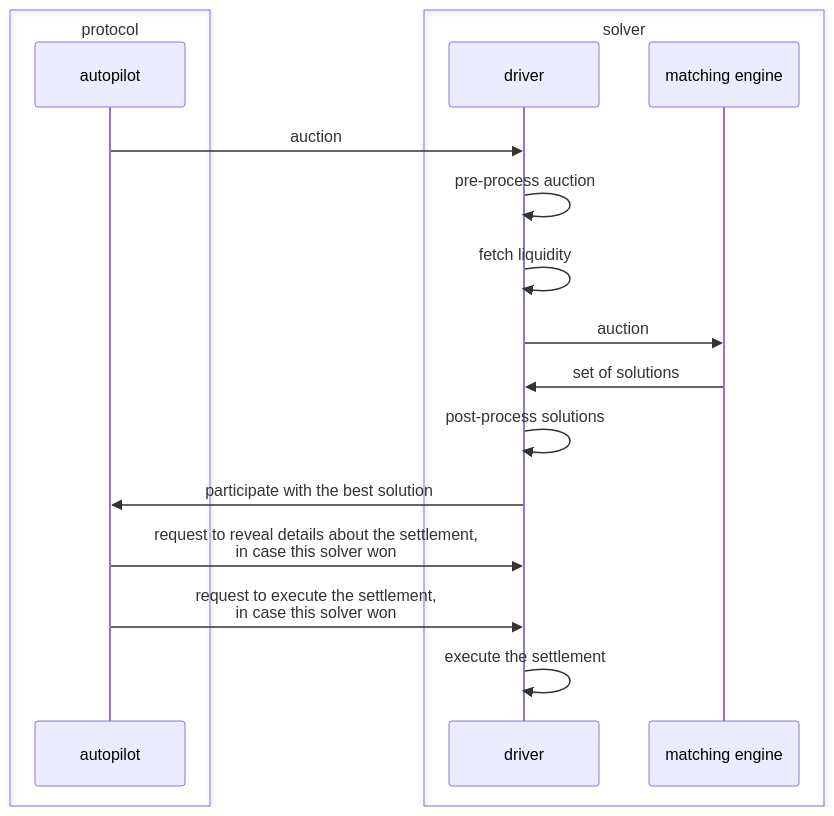
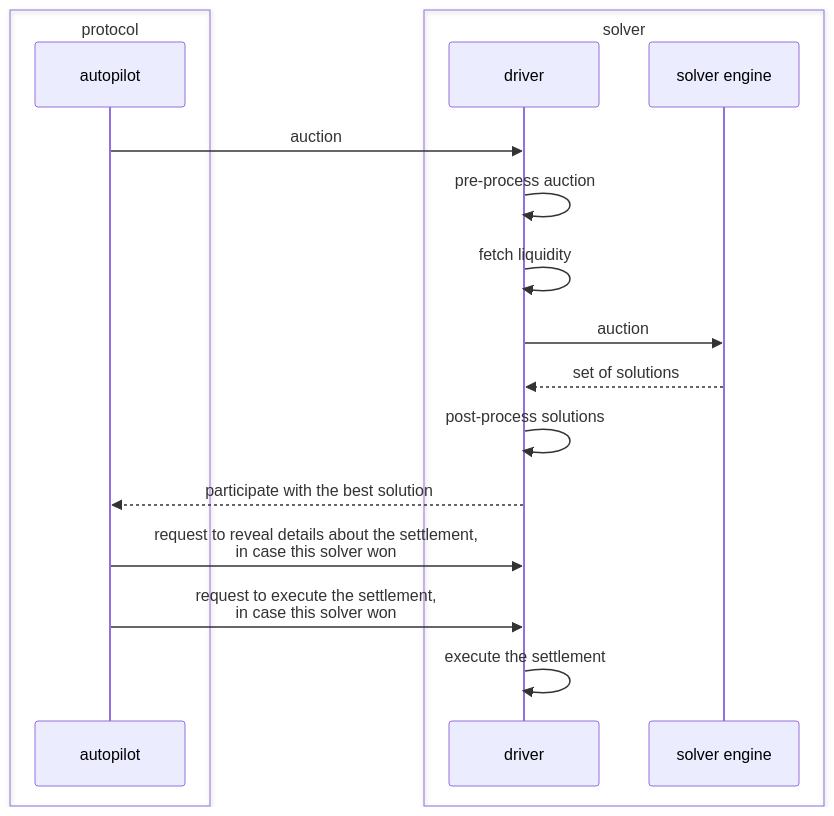
One commit to cowprotocol/docs changed the diagram in docs/cow-protocol/tutorials/arbitrate/solver/driver.md. Above: the diagram before and after it, drawn with Mermaid. The commit also changed other lines of this file and 4 other files, not shown here.

````diff
--- a/docs/cow-protocol/tutorials/arbitrate/solver/driver.md
+++ b/docs/cow-protocol/tutorials/arbitrate/solver/driver.md
@@ -21,20 +24,20 @@
 ```mermaid
 sequenceDiagram
     box protocol
         participant autopilot
     end
     box solver
         participant driver
-        participant matching engine
+        participant solver engine
     end
     autopilot->>driver: auction
     driver->>driver: pre-process auction
     driver->>driver: fetch liquidity
-    driver->>matching engine: auction
-    matching engine->>driver: set of solutions
+    driver->>solver engine: auction
+    solver engine-->>driver: set of solutions
     driver->>driver: post-process solutions
-    driver->>autopilot: participate with the best solution
+    driver-->>autopilot: participate with the best solution
     autopilot->>driver: request to reveal details about the settlement,<br>in case this solver won
     autopilot->>driver: request to execute the settlement,<br>in case this solver won
     driver->>driver: execute the settlement
 ```
````
